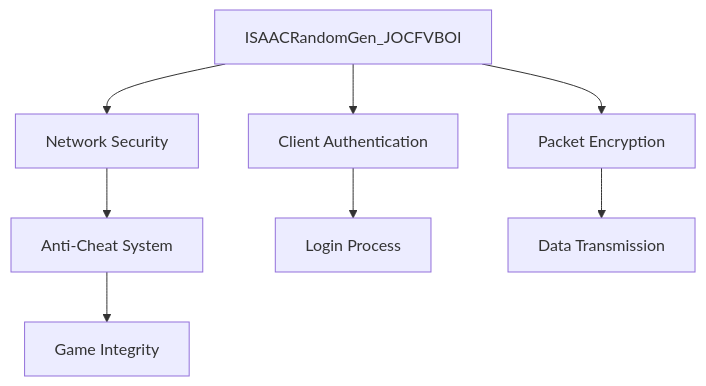
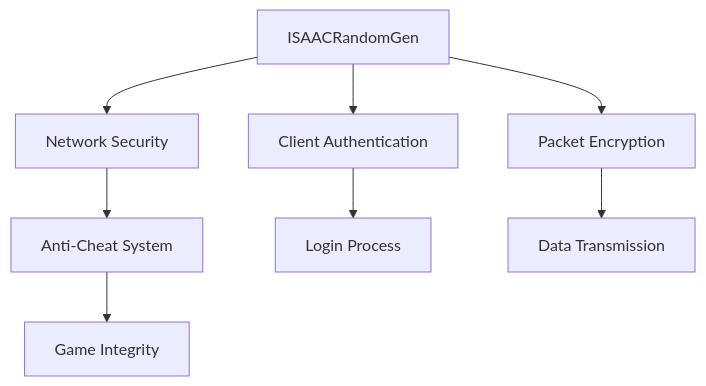
The diagram in bytecode/mapping/evidence/verified/ISAACRandomGen_JOCFVBOI.md (daxxog/solmud), drawn with Mermaid before and after one commit. The commit also changed other lines of this file and 48 other files, not shown here.

````diff
--- a/bytecode/mapping/evidence/verified/ISAACRandomGen_JOCFVBOI.md
+++ b/bytecode/mapping/evidence/verified/ISAACRandomGen_JOCFVBOI.md
@@ -185,10 +185,10 @@
 ```mermaid
 graph TD
-    A[ISAACRandomGen_JOCFVBOI] --> B[Network Security]
+    A[ISAACRandomGen] --> B[Network Security]
     A --> C[Client Authentication]
     A --> D[Packet Encryption]
     B --> E[Anti-Cheat System]
     C --> F[Login Process]
     D --> G[Data Transmission]
     E --> H[Game Integrity]
 ```
````
